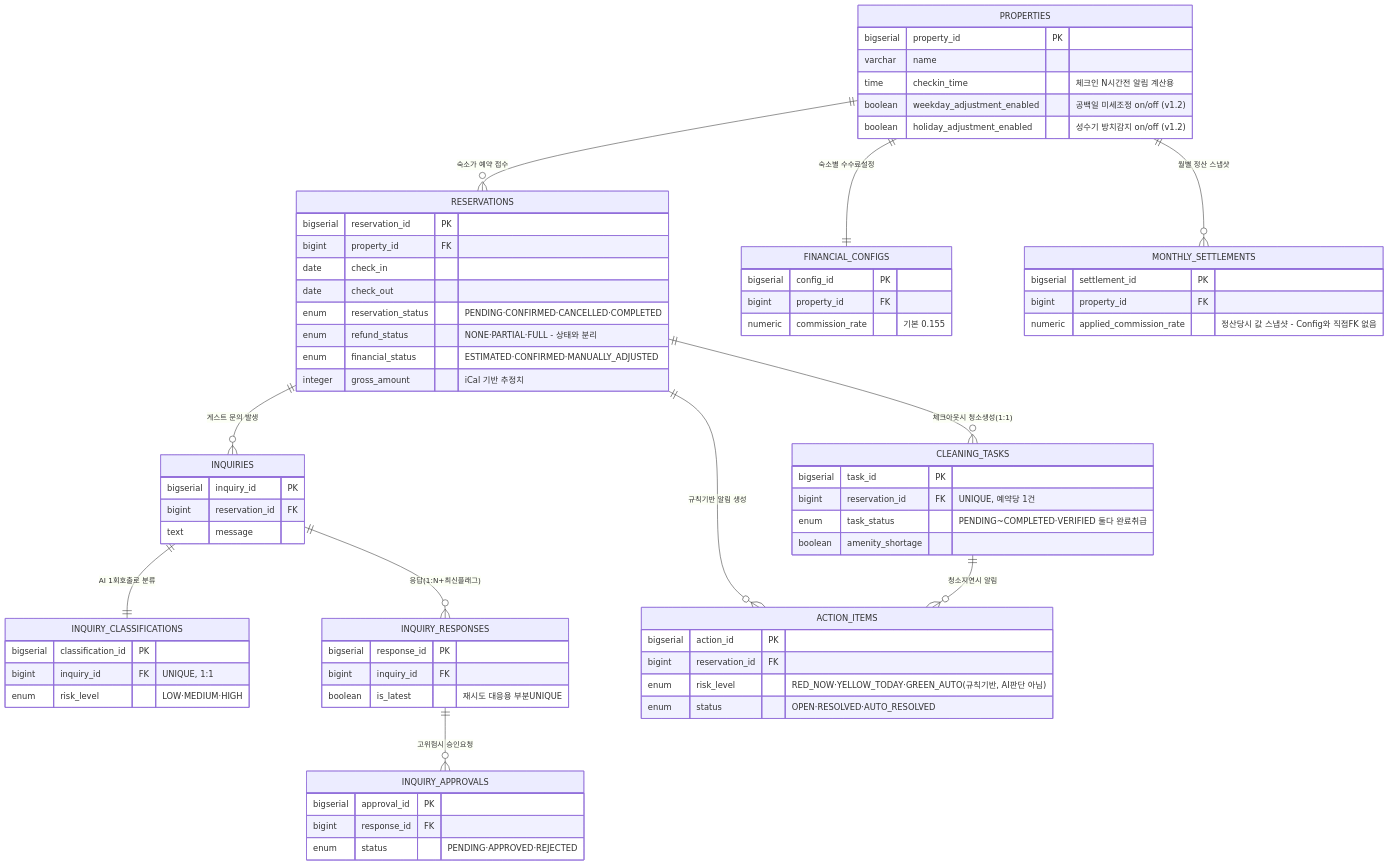
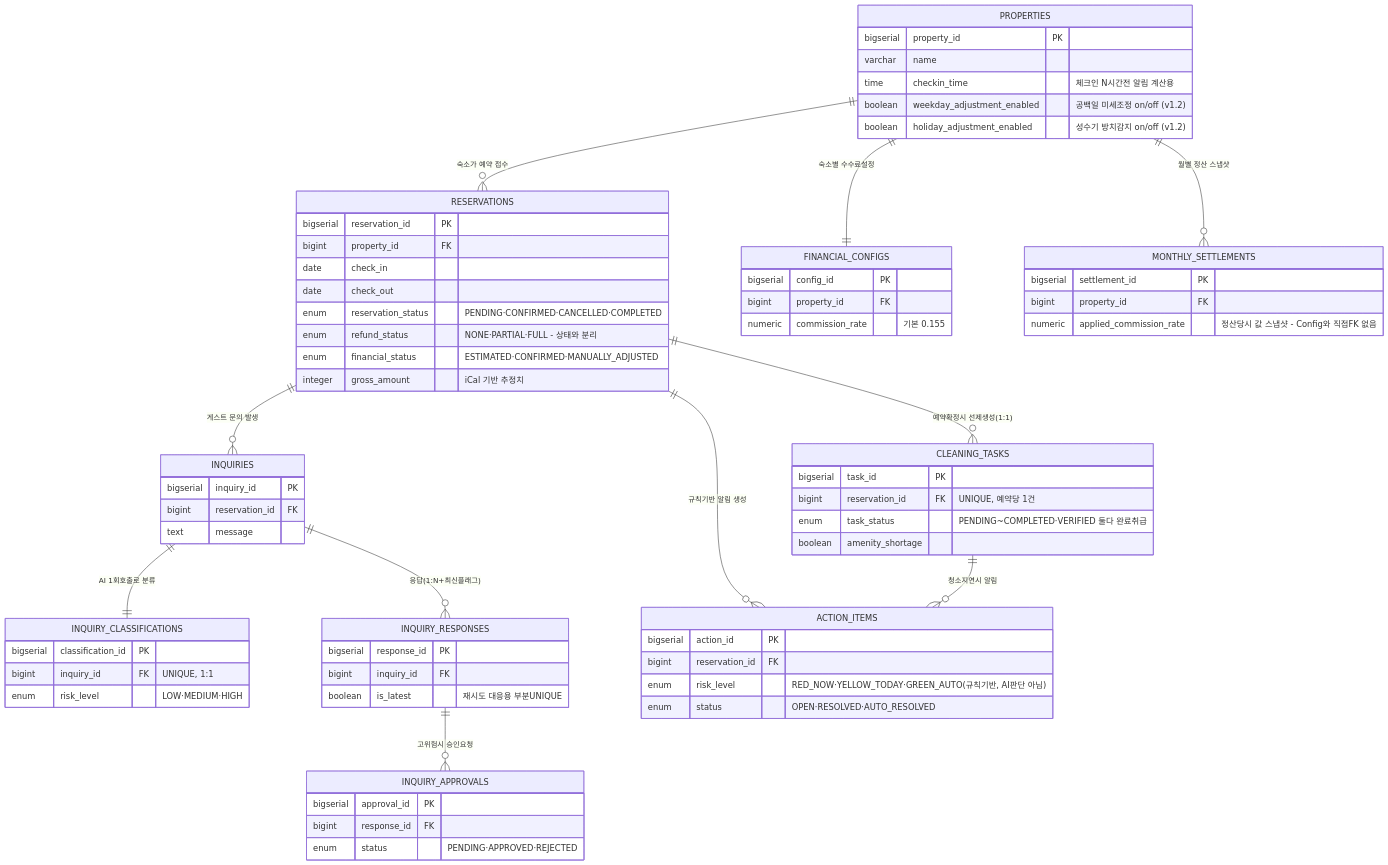
One commit to newrace4-arch/Host-ON-AI changed the third of 3 diagrams in docs/erd.md. Above: the diagram before and after it, drawn with Mermaid. The commit also changed other lines of this file and 3 other files, not shown here.

Commit message:
docs: ENUM 6개값+관광진흥법시행령 근거를 SSOT/ERD/API Contract/ERD메모 4곳에 명시적으로 통일

````diff
--- a/docs/erd.md
+++ b/docs/erd.md
@@ -328,73 +328,73 @@
 ```mermaid
 erDiagram
   PROPERTIES ||--o{ RESERVATIONS : "숙소가 예약 접수"
-  RESERVATIONS ||--o{ CLEANING_TASKS : "체크아웃시 청소생성(1:1)"
+  RESERVATIONS ||--o{ CLEANING_TASKS : "예약확정시 선제생성(1:1)"
   RESERVATIONS ||--o{ INQUIRIES : "게스트 문의 발생"
   INQUIRIES ||--|| INQUIRY_CLASSIFICATIONS : "AI 1회호출로 분류"
   INQUIRIES ||--o{ INQUIRY_RESPONSES : "응답(1:N+최신플래그)"
   INQUIRY_RESPONSES ||--o{ INQUIRY_APPROVALS : "고위험시 승인요청"
   PROPERTIES ||--|| FINANCIAL_CONFIGS : "숙소별 수수료설정"
   PROPERTIES ||--o{ MONTHLY_SETTLEMENTS : "월별 정산 스냅샷"
   RESERVATIONS ||--o{ ACTION_ITEMS : "규칙기반 알림 생성"
   CLEANING_TASKS ||--o{ ACTION_ITEMS : "청소지연시 알림"
 
   PROPERTIES {
     bigserial property_id PK
     varchar name
     time checkin_time "체크인 N시간전 알림 계산용"
     boolean weekday_adjustment_enabled "공백일 미세조정 on/off (v1.2)"
     boolean holiday_adjustment_enabled "성수기 방치감지 on/off (v1.2)"
   }
   RESERVATIONS {
     bigserial reservation_id PK
     bigint property_id FK
     date check_in
     date check_out
     enum reservation_status "PENDING·CONFIRMED·CANCELLED·COMPLETED"
     enum refund_status "NONE·PARTIAL·FULL - 상태와 분리"
     enum financial_status "ESTIMATED·CONFIRMED·MANUALLY_ADJUSTED"
     integer gross_amount "iCal 기반 추정치"
   }
   CLEANING_TASKS {
     bigserial task_id PK
     bigint reservation_id FK "UNIQUE, 예약당 1건"
     enum task_status "PENDING~COMPLETED·VERIFIED 둘다 완료취급"
     boolean amenity_shortage
   }
   INQUIRIES {
     bigserial inquiry_id PK
     bigint reservation_id FK
     text message
   }
   INQUIRY_CLASSIFICATIONS {
     bigserial classification_id PK
     bigint inquiry_id FK "UNIQUE, 1:1"
     enum risk_level "LOW·MEDIUM·HIGH"
   }
   INQUIRY_RESPONSES {
     bigserial response_id PK
     bigint inquiry_id FK
     boolean is_latest "재시도 대응용 부분UNIQUE"
   }
   INQUIRY_APPROVALS {
     bigserial approval_id PK
     bigint response_id FK
     enum status "PENDING·APPROVED·REJECTED"
   }
   FINANCIAL_CONFIGS {
     bigserial config_id PK
     bigint property_id FK
     numeric commission_rate "기본 0.155"
   }
   MONTHLY_SETTLEMENTS {
     bigserial settlement_id PK
     bigint property_id FK
     numeric applied_commission_rate "정산당시 값 스냅샷 - Config와 직접FK 없음"
   }
   ACTION_ITEMS {
     bigserial action_id PK
     bigint reservation_id FK
     enum risk_level "RED_NOW·YELLOW_TODAY·GREEN_AUTO(규칙기반, AI판단 아님)"
     enum status "OPEN·RESOLVED·AUTO_RESOLVED"
   }
 ```
````
